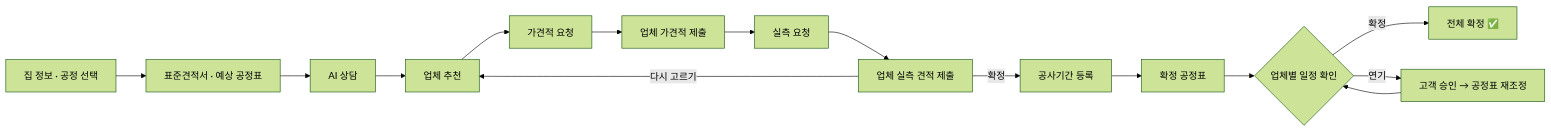
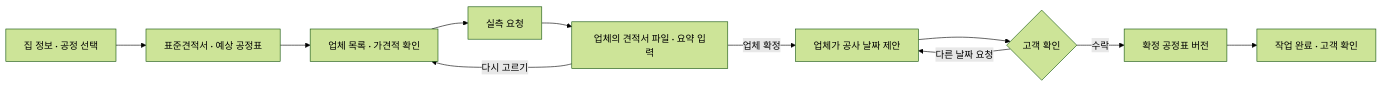
One commit to HyeongJjun/SKN34-FINAL-1TEAM changed the first of 3 diagrams in README.md. Above: the diagram before and after it, drawn with Mermaid (forest theme). The commit also changed other lines of this file and 26 other files, not shown here.

````diff
--- a/README.md
+++ b/README.md
@@ -169,17 +170,13 @@
 ```mermaid
 flowchart LR
     A[집 정보 · 공정 선택] --> B[표준견적서 · 예상 공정표]
-    B --> C[AI 상담]
-    C --> D[업체 추천]
-    D --> E[가견적 요청]
-    E --> F[업체 가견적 제출]
-    F --> G[실측 요청]
-    G --> H[업체 실측 견적 제출]
-    H -->|다시 고르기| D
-    H -->|확정| I[공사기간 등록]
-    I --> J[확정 공정표]
-    J --> K{업체별 일정 확인}
-    K -->|확정| L[전체 확정 ✅]
-    K -->|연기| M[고객 승인 → 공정표 재조정]
-    M --> K
+    B --> C[업체 목록 · 가견적 확인]
+    C --> D[실측 요청]
+    D --> E[업체의 견적서 파일 · 요약 입력]
+    E -->|다시 고르기| C
+    E -->|업체 확정| F[업체가 공사 날짜 제안]
+    F --> G{고객 확인}
+    G -->|다른 날짜 요청| F
+    G -->|수락| H[확정 공정표 버전]
+    H --> I[작업 완료 · 고객 확인]
 ```
````
